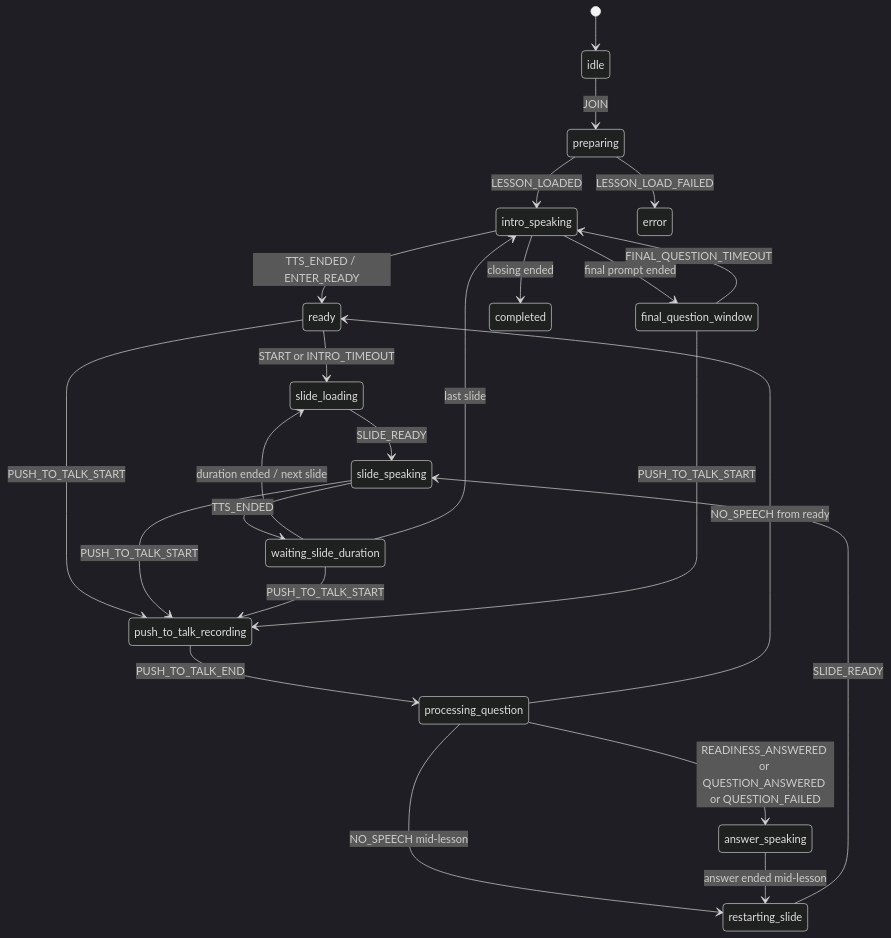
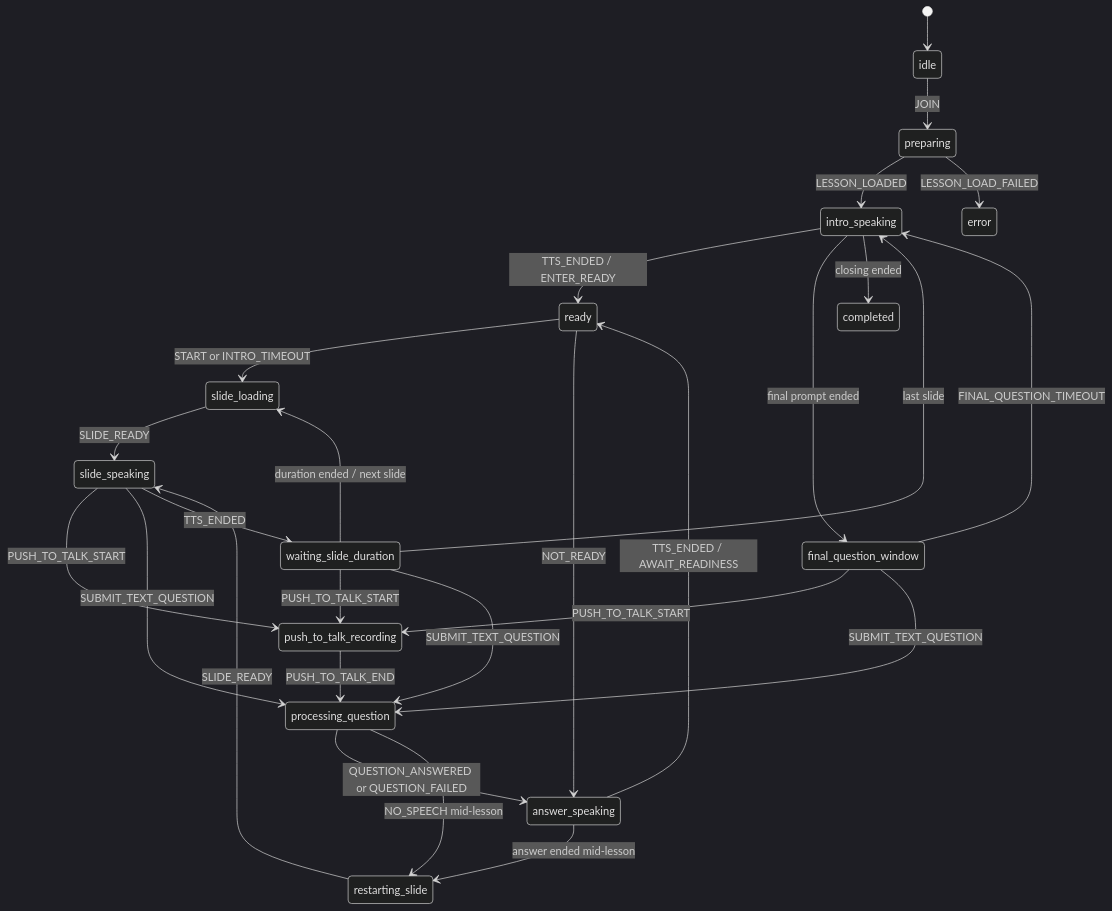
One commit to Sathaporn24/sb_supportroom changed the diagram in frontend/docs/STATE_MACHINE.md. Above: the diagram before and after it, drawn with Mermaid (dark theme). The commit also changed other lines of this file and 183 other files, not shown here.

````diff
--- a/frontend/docs/STATE_MACHINE.md
+++ b/frontend/docs/STATE_MACHINE.md
@@ -13,30 +13,34 @@
 ```mermaid
 stateDiagram-v2
     [*] --> idle
     idle --> preparing: JOIN
     preparing --> intro_speaking: LESSON_LOADED
     preparing --> error: LESSON_LOAD_FAILED
     intro_speaking --> ready: TTS_ENDED / ENTER_READY
 
     ready --> slide_loading: START or INTRO_TIMEOUT
-    ready --> push_to_talk_recording: PUSH_TO_TALK_START
+    ready --> answer_speaking: NOT_READY
+    answer_speaking --> ready: TTS_ENDED / AWAIT_READINESS
+
+    slide_speaking --> push_to_talk_recording: PUSH_TO_TALK_START
+    waiting_slide_duration --> push_to_talk_recording: PUSH_TO_TALK_START
+    final_question_window --> push_to_talk_recording: PUSH_TO_TALK_START
     push_to_talk_recording --> processing_question: PUSH_TO_TALK_END
-    processing_question --> answer_speaking: READINESS_ANSWERED or QUESTION_ANSWERED or QUESTION_FAILED
-    processing_question --> ready: NO_SPEECH from ready
+    slide_speaking --> processing_question: SUBMIT_TEXT_QUESTION
+    waiting_slide_duration --> processing_question: SUBMIT_TEXT_QUESTION
+    final_question_window --> processing_question: SUBMIT_TEXT_QUESTION
+    processing_question --> answer_speaking: QUESTION_ANSWERED or QUESTION_FAILED
 
     slide_loading --> slide_speaking: SLIDE_READY
     slide_speaking --> waiting_slide_duration: TTS_ENDED
     waiting_slide_duration --> slide_loading: duration ended / next slide
     waiting_slide_duration --> intro_speaking: last slide
 
-    slide_speaking --> push_to_talk_recording: PUSH_TO_TALK_START
-    waiting_slide_duration --> push_to_talk_recording: PUSH_TO_TALK_START
-    final_question_window --> push_to_talk_recording: PUSH_TO_TALK_START
     processing_question --> restarting_slide: NO_SPEECH mid-lesson
     answer_speaking --> restarting_slide: answer ended mid-lesson
     restarting_slide --> slide_speaking: SLIDE_READY
 
     intro_speaking --> final_question_window: final prompt ended
     final_question_window --> intro_speaking: FINAL_QUESTION_TIMEOUT
     intro_speaking --> completed: closing ended
 ```
````
